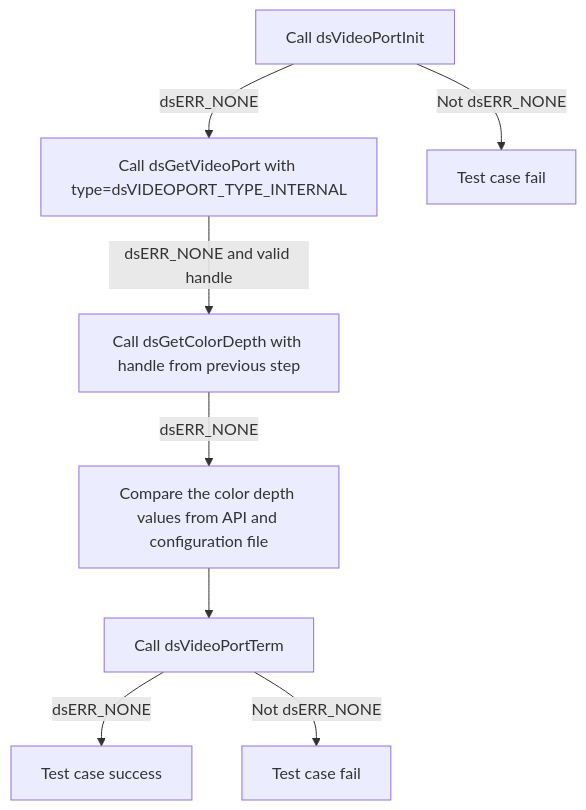
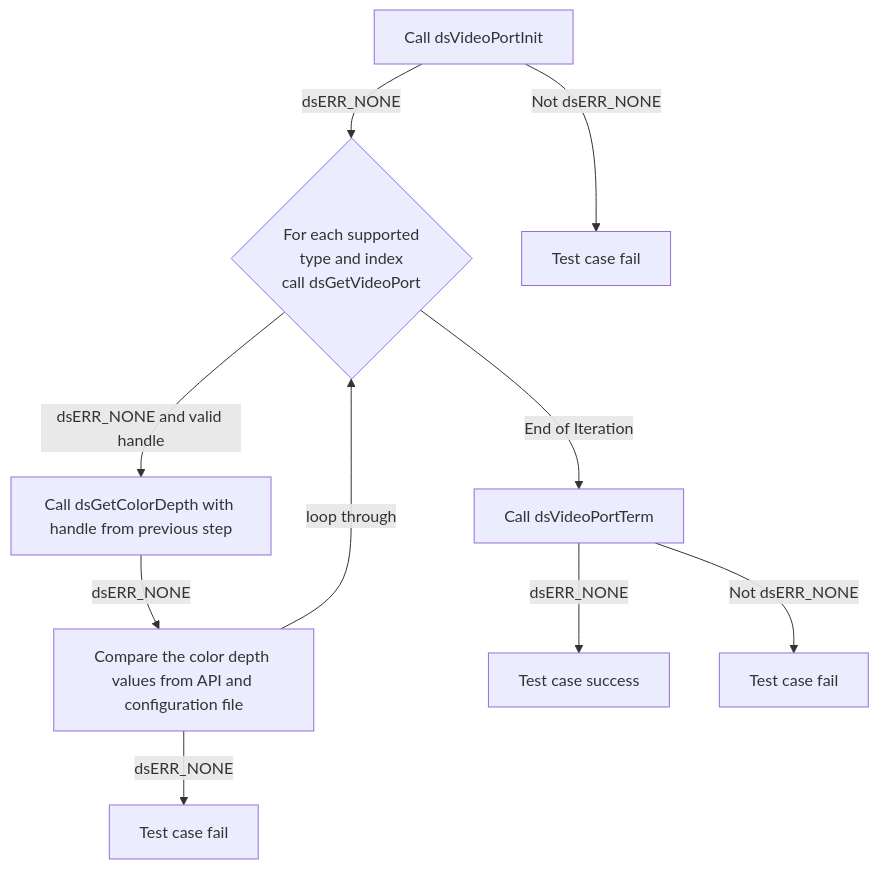
Before and after one commit to rdkcentral/rdk-halif-test-device_settings: diagram 12 of 15 in docs/pages/ds-video-port_L2_Low-Level_TestSpecification.md, drawn with Mermaid. The commit also changed other lines of this file and 13 other files, not shown here.

Commit message:
gh #14 Update test case and configuration

````diff
--- a/docs/pages/ds-video-port_L2_Low-Level_TestSpecification.md
+++ b/docs/pages/ds-video-port_L2_Low-Level_TestSpecification.md
@@ -532,10 +540,12 @@
 ```mermaid
 graph TB
-    A[Call dsVideoPortInit] -->|dsERR_NONE|B[Call dsGetVideoPort with type=dsVIDEOPORT_TYPE_INTERNAL]
+    A[Call dsVideoPortInit] -->|dsERR_NONE|B{For each supported<br> type and index <br> call dsGetVideoPort}
     A -->|Not dsERR_NONE|A1[Test case fail]
     B -->|dsERR_NONE and valid handle|C[Call dsGetColorDepth with handle from previous step]
-    C -->|dsERR_NONE|D[Compare the color depth values from API and configuration file]
-    D --> F[Call dsVideoPortTerm]
+    C -->|dsERR_NONE|D[Compare the color depth <br>values from API and configuration file]
+    D -->|loop through | B
+    D -->|dsERR_NONE|E2[Test case fail]
+    B -->|End of Iteration| F[Call dsVideoPortTerm]
     F -->|dsERR_NONE|G[Test case success]
     F -->|Not dsERR_NONE|F1[Test case fail]
 ```
````
